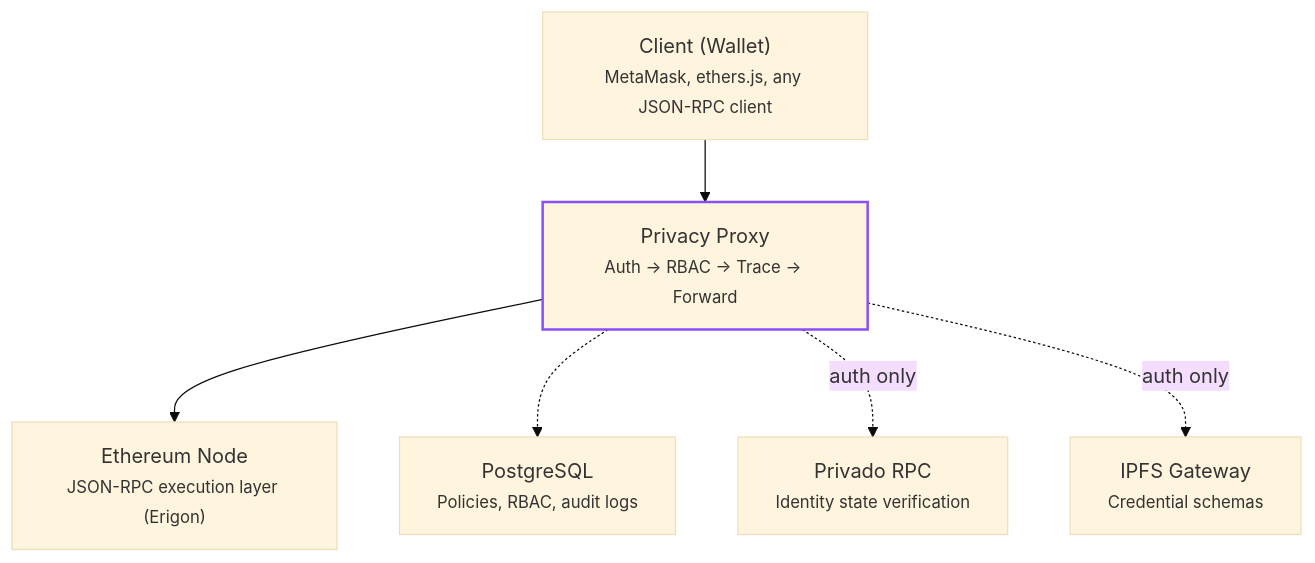
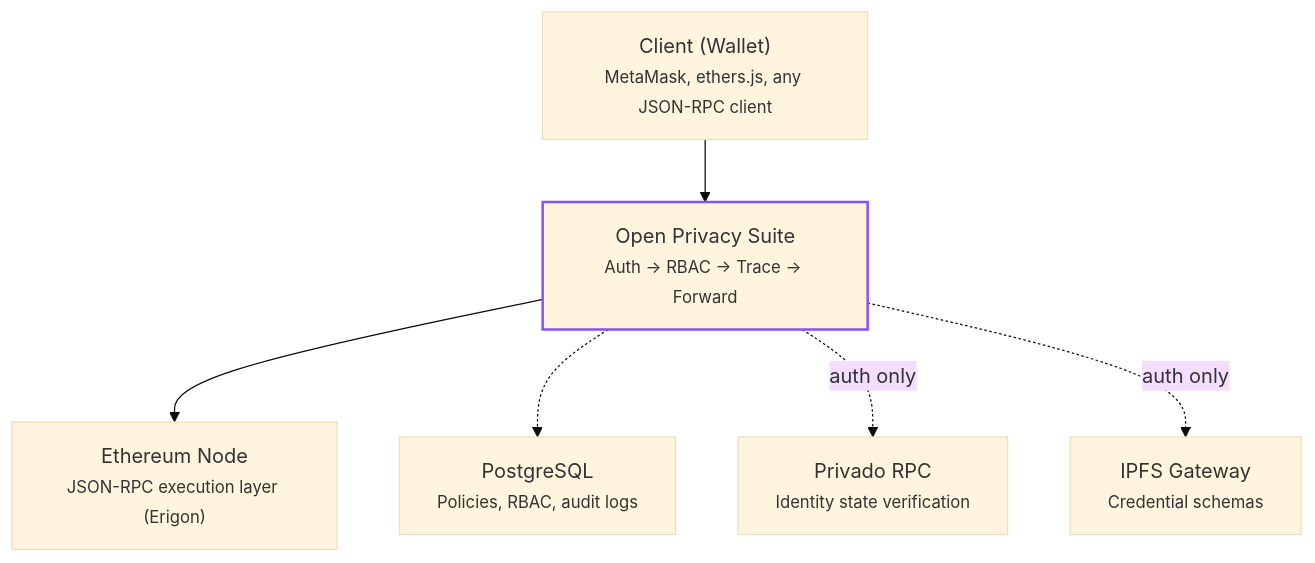
The first of 2 diagrams in site/src/app/docs/architecture/page.mdx (alainncls/open-privacy-suite), drawn with Mermaid (base theme) before and after one commit. The commit also changed other lines of this file and 25 other files, not shown here.

First line of the commit message:
chore: rename Privacy Proxy to Open Privacy Suite (RD-803)

````diff
--- a/site/src/app/docs/architecture/page.mdx
+++ b/site/src/app/docs/architecture/page.mdx
@@ -15,17 +15,17 @@
 ```mermaid
 graph TD
     Client["Client (Wallet)<br/><small>MetaMask, ethers.js, any JSON-RPC client</small>"]
-    Proxy["Privacy Proxy<br/><small>Auth → RBAC → Trace → Forward</small>"]
+    Proxy["Open Privacy Suite<br/><small>Auth → RBAC → Trace → Forward</small>"]
     Eth["Ethereum Node<br/><small>JSON-RPC execution layer (Erigon)</small>"]
     DB["PostgreSQL<br/><small>Policies, RBAC, audit logs</small>"]
     Privado["Privado RPC<br/><small>Identity state verification</small>"]
     IPFS["IPFS Gateway<br/><small>Credential schemas</small>"]
 
     Client --> Proxy
     Proxy --> Eth
     Proxy -.-> DB
     Proxy -.->|"auth only"| Privado
     Proxy -.->|"auth only"| IPFS
 
     style Proxy stroke:#8950FA,stroke-width:2px
 ```
````
